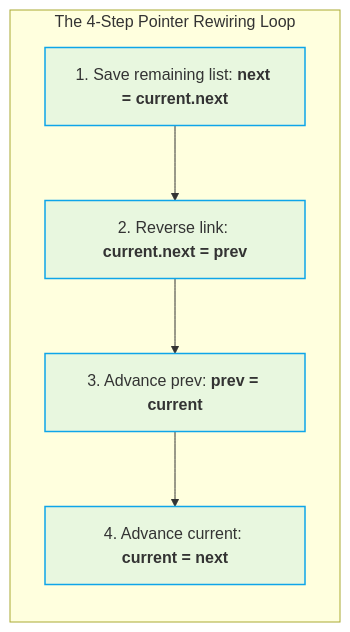
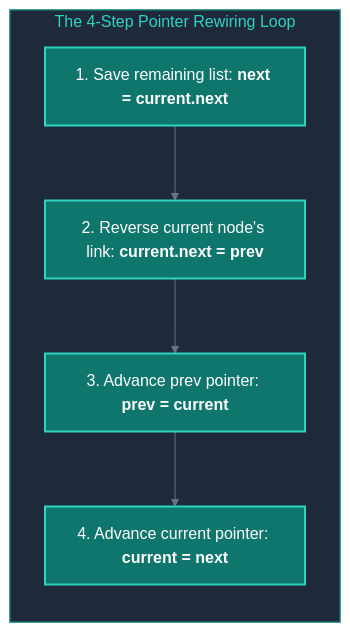
Before and after one commit to abhinavbharti2345/CS_Notes: the second of 2 diagrams in CS/DSA/03. Linked Lists/02. Linked List Patterns.md, drawn with Mermaid. The commit also changed other lines of this file and 195 other files, not shown here.

````diff
--- a/CS/DSA/03. Linked Lists/02. Linked List Patterns.md
+++ b/CS/DSA/03. Linked Lists/02. Linked List Patterns.md
@@ -151,12 +154,15 @@
 ```mermaid
+%%{init: {'theme': 'base', 'themeVariables': { 'darkMode': true, 'background': '#0B0F14', 'mainBkg': '#111827', 'primaryColor': '#111827', 'primaryTextColor': '#F8FAFC', 'primaryBorderColor': '#38BDF8', 'lineColor': '#64748B', 'secondaryColor': '#0B0F14', 'tertiaryColor': '#0B0F14', 'clusterBkg': '#0B0F14', 'clusterBorder': '#38BDF8' }}}%%
 flowchart TD
     subgraph StepLoop ["The 4-Step Pointer Rewiring Loop"]
         direction TB
-        S1["1. Save remaining list: <b>next = current.next</b>"] --> S2["2. Reverse link: <b>current.next = prev</b>"]
-        S2 --> S3["3. Advance prev: <b>prev = current</b>"]
-        S3 --> S4["4. Advance current: <b>current = next</b>"]
+        S1["1. Save remaining list: <b>next = current.next</b>"] --> S2["2. Reverse current node's link: <b>current.next = prev</b>"]
+        S2 --> S3["3. Advance prev pointer: <b>prev = current</b>"]
+        S3 --> S4["4. Advance current pointer: <b>current = next</b>"]
     end
 
-    classDef stepCard fill:#0ea5e918,stroke:#0ea5e9,stroke-width:1.5px;
+    style StepLoop fill:#1e293b,stroke:#0f766e,stroke-width:1.5px,color:#2dd4bf
+
+    classDef stepCard fill:#0f766e,stroke:#2dd4bf,stroke-width:2px,color:#ffffff;
     class S1,S2,S3,S4 stepCard;
 ```
````
